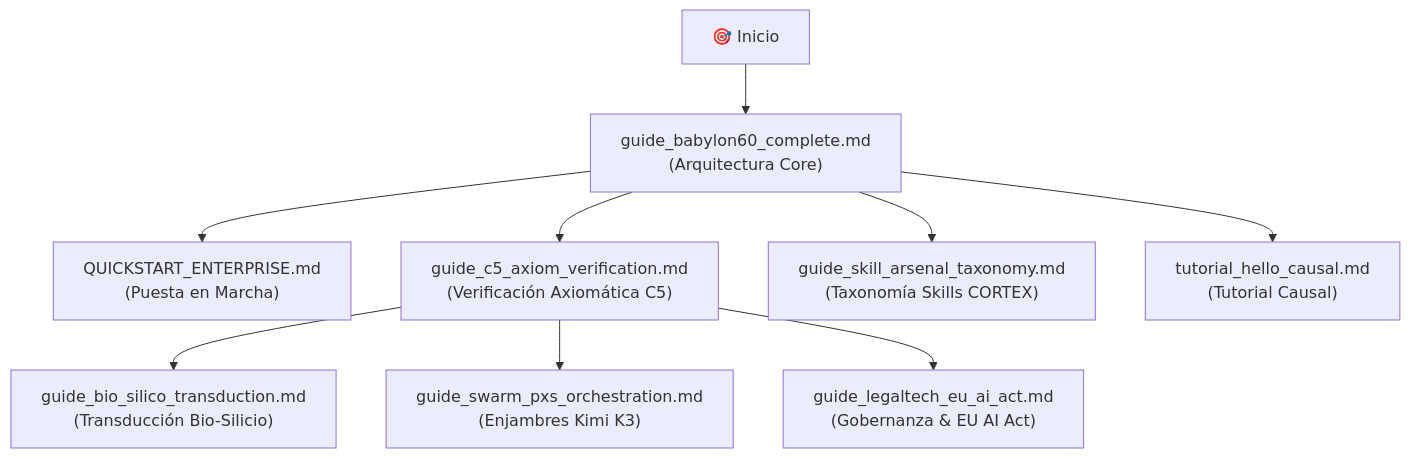
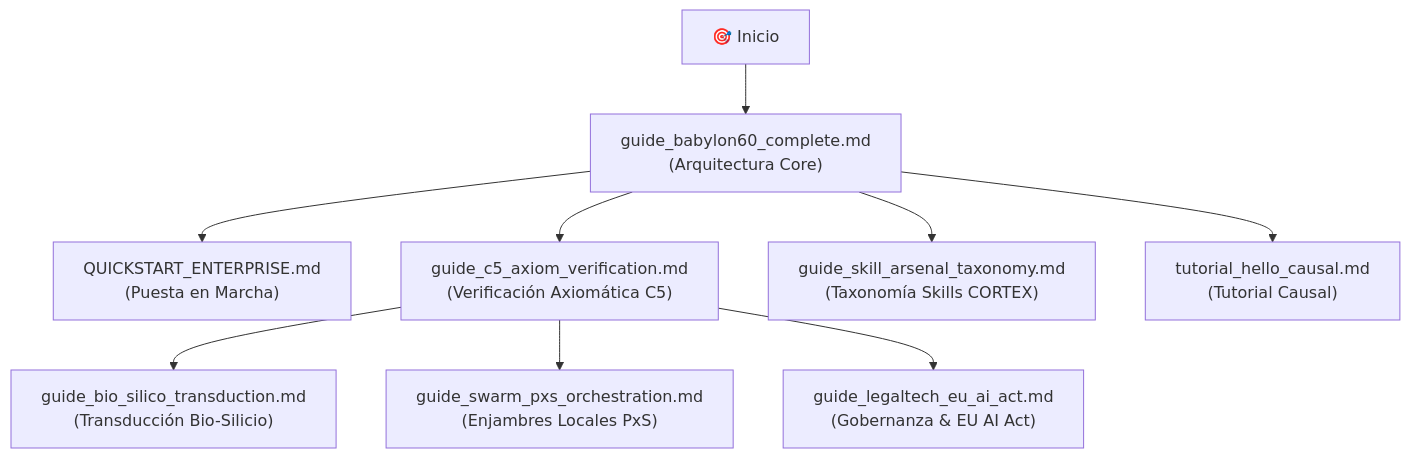
The diagram in docs/03_guides/00_index.md (borjamoskv/BABYLON-60), drawn with Mermaid before and after one commit. The commit also changed other lines of this file and 429 other files, not shown here.

````diff
--- a/docs/03_guides/00_index.md
+++ b/docs/03_guides/00_index.md
@@ -24,11 +24,11 @@
 ```mermaid
 graph TD
     Start["🎯 Inicio"] --> G01["guide_babylon60_complete.md\n(Arquitectura Core)"]
     G01 --> DevSecOps["QUICKSTART_ENTERPRISE.md\n(Puesta en Marcha)"]
     G01 --> G02["guide_c5_axiom_verification.md\n(Verificación Axiomática C5)"]
     G02 --> G03["guide_bio_silico_transduction.md\n(Transducción Bio-Silicio)"]
-    G02 --> G04["guide_swarm_pxs_orchestration.md\n(Enjambres Kimi K3)"]
+    G02 --> G04["guide_swarm_pxs_orchestration.md\n(Enjambres Locales PxS)"]
     G02 --> G05["guide_legaltech_eu_ai_act.md\n(Gobernanza & EU AI Act)"]
     G01 --> G06["guide_skill_arsenal_taxonomy.md\n(Taxonomía Skills CORTEX)"]
     G01 --> G08["tutorial_hello_causal.md\n(Tutorial Causal)"]
 ```
````
